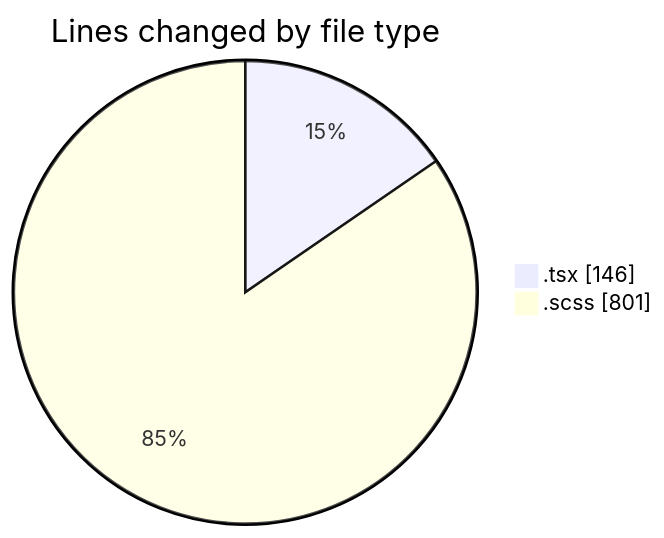
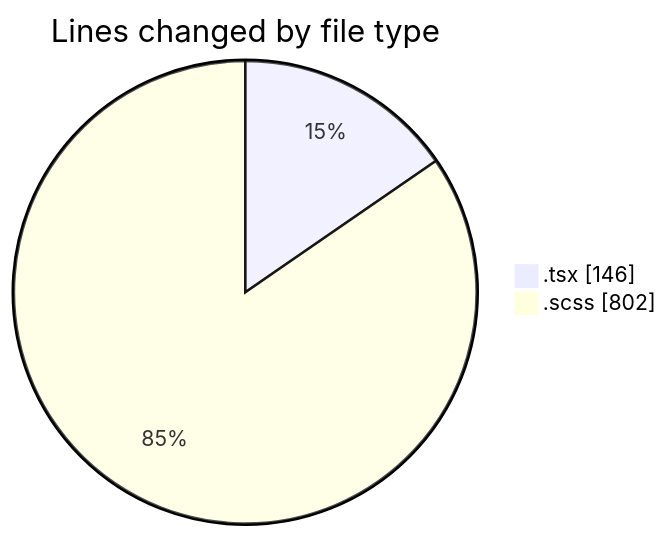
One commit to momahboobian/code-tracking changed the first of 2 diagrams in 2026-03-25/cda/README.md. Above: the diagram before and after it, drawn with Mermaid. The commit also changed other lines of this file and 1 other file, not shown here.

````diff
--- a/2026-03-25/cda/README.md
+++ b/2026-03-25/cda/README.md
@@ -21,6 +21,6 @@
 ```mermaid
 pie showData
 title Lines changed by file type
 ".tsx" : 146
-".scss" : 801
+".scss" : 802
 ```
````
